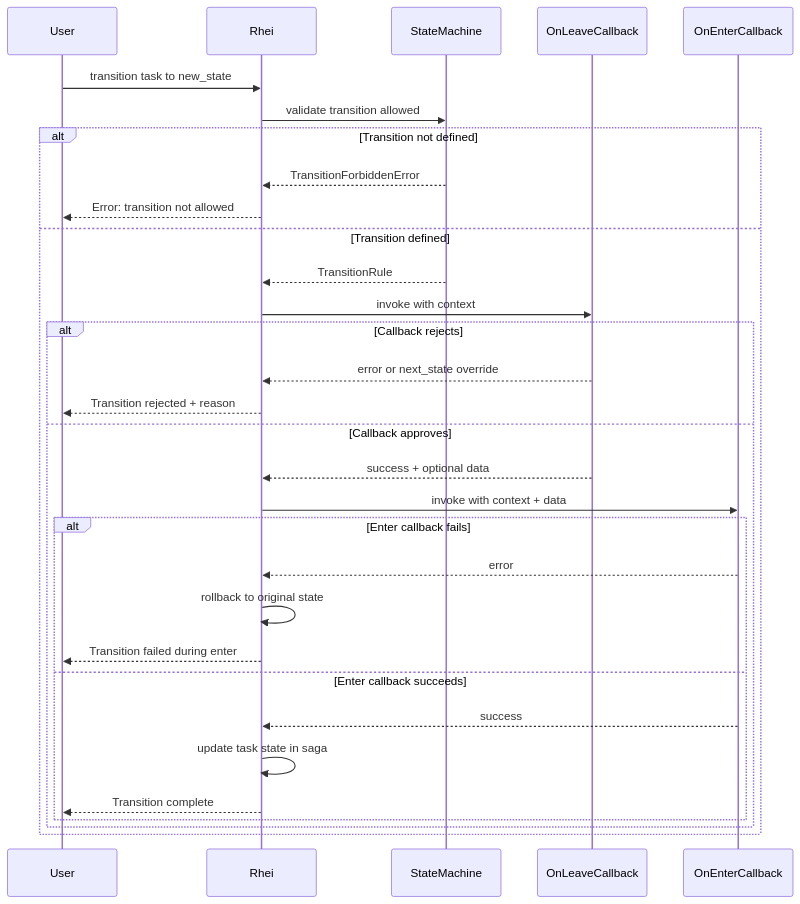
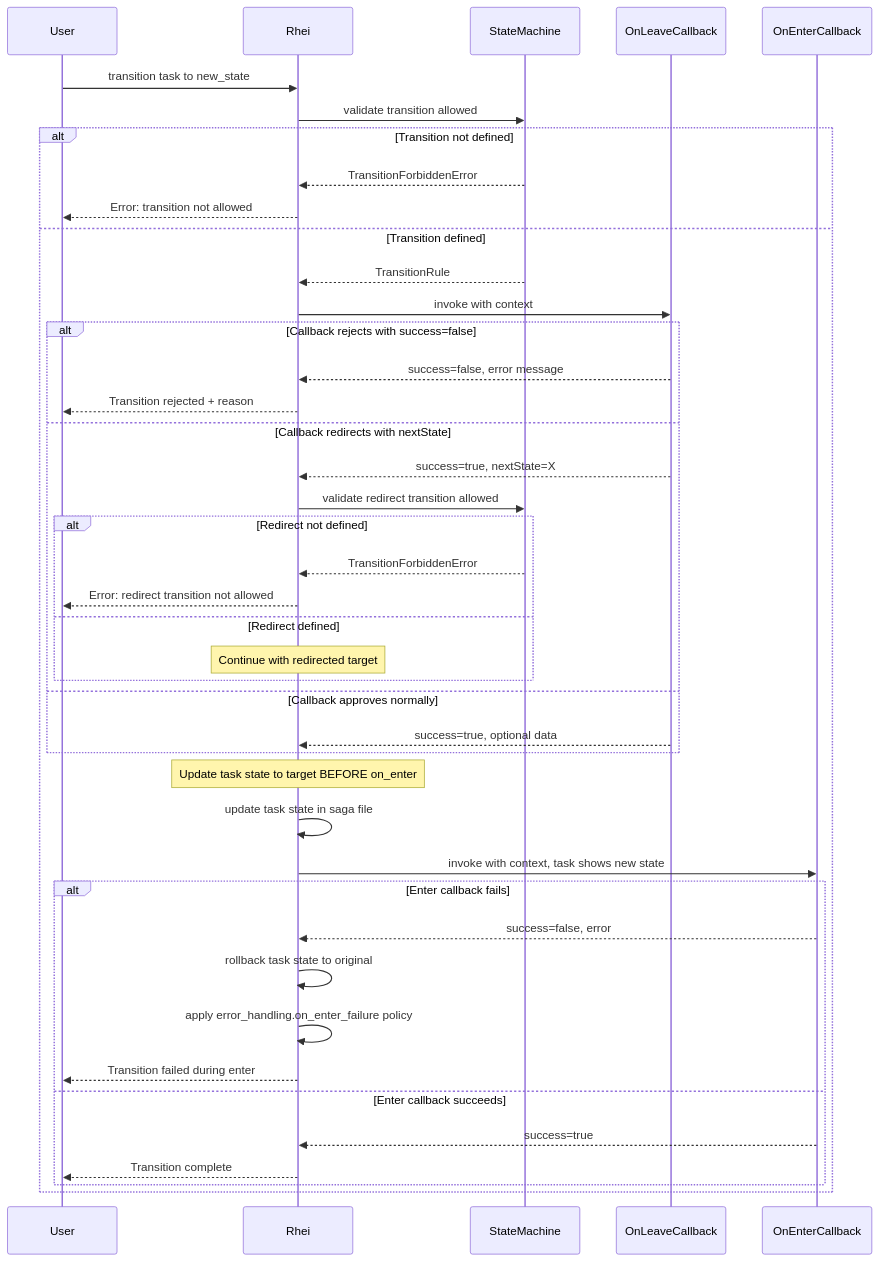
The diagram in docs/formal-state-transitions.md (vjovanov/rhei), drawn with Mermaid before and after one commit. The commit also changed other lines of this file, not shown here.

Commit message:
States better defined

````diff
--- a/docs/formal-state-transitions.md
+++ b/docs/formal-state-transitions.md
@@ -1022,37 +1201,49 @@
 ```mermaid
 sequenceDiagram
     participant User
     participant Rhei
     participant StateMachine
     participant OnLeaveCallback
     participant OnEnterCallback
 
     User->>Rhei: transition task to new_state
     Rhei->>StateMachine: validate transition allowed
 
     alt Transition not defined
         StateMachine-->>Rhei: TransitionForbiddenError
         Rhei-->>User: Error: transition not allowed
     else Transition defined
         StateMachine-->>Rhei: TransitionRule
         Rhei->>OnLeaveCallback: invoke with context
 
-        alt Callback rejects
-            OnLeaveCallback-->>Rhei: error or next_state override
+        alt Callback rejects with success=false
+            OnLeaveCallback-->>Rhei: success=false, error message
             Rhei-->>User: Transition rejected + reason
-        else Callback approves
-            OnLeaveCallback-->>Rhei: success + optional data
-            Rhei->>OnEnterCallback: invoke with context + data
+        else Callback redirects with nextState
+            OnLeaveCallback-->>Rhei: success=true, nextState=X
+            Rhei->>StateMachine: validate redirect transition allowed
+            alt Redirect not defined
+                StateMachine-->>Rhei: TransitionForbiddenError
+                Rhei-->>User: Error: redirect transition not allowed
+            else Redirect defined
+                Note over Rhei: Continue with redirected target
+            end
+        else Callback approves normally
+            OnLeaveCallback-->>Rhei: success=true, optional data
+        end
 
-            alt Enter callback fails
-                OnEnterCallback-->>Rhei: error
-                Rhei->>Rhei: rollback to original state
-                Rhei-->>User: Transition failed during enter
-            else Enter callback succeeds
-                OnEnterCallback-->>Rhei: success
-                Rhei->>Rhei: update task state in saga
-                Rhei-->>User: Transition complete
-            end
+        Note over Rhei: Update task state to target BEFORE on_enter
+        Rhei->>Rhei: update task state in saga file
+        Rhei->>OnEnterCallback: invoke with context, task shows new state
+
+        alt Enter callback fails
+            OnEnterCallback-->>Rhei: success=false, error
+            Rhei->>Rhei: rollback task state to original
+            Rhei->>Rhei: apply error_handling.on_enter_failure policy
+            Rhei-->>User: Transition failed during enter
+        else Enter callback succeeds
+            OnEnterCallback-->>Rhei: success=true
+            Rhei-->>User: Transition complete
         end
     end
 ```
````
